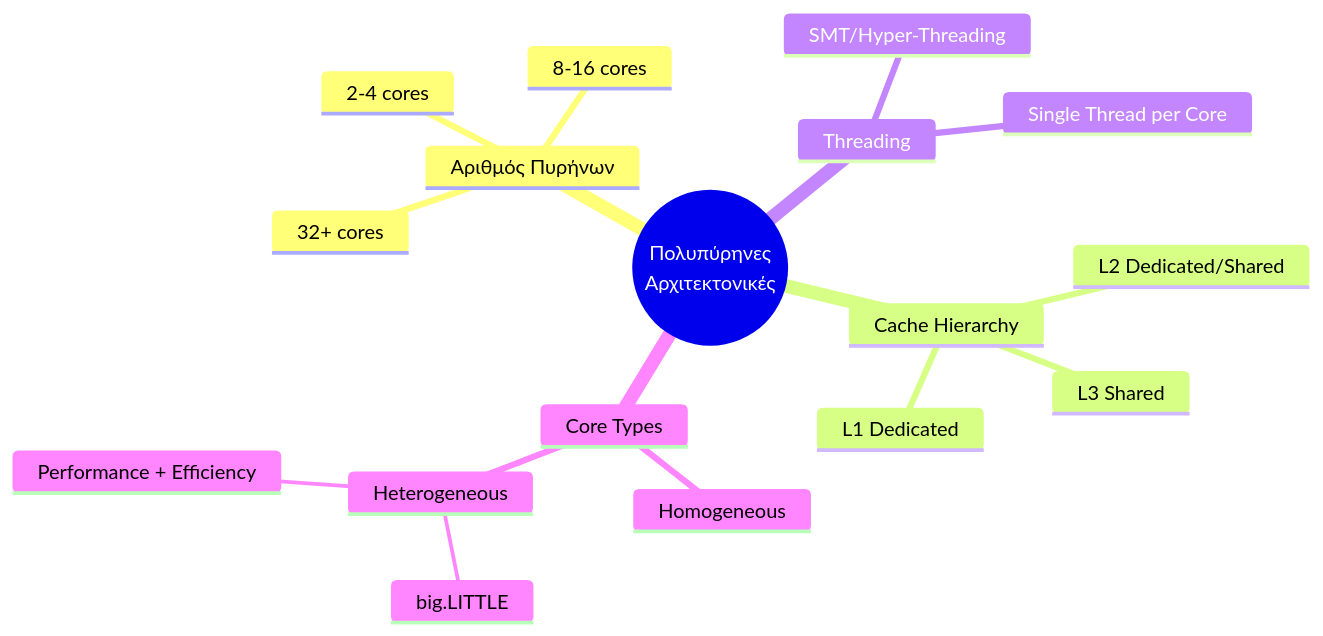
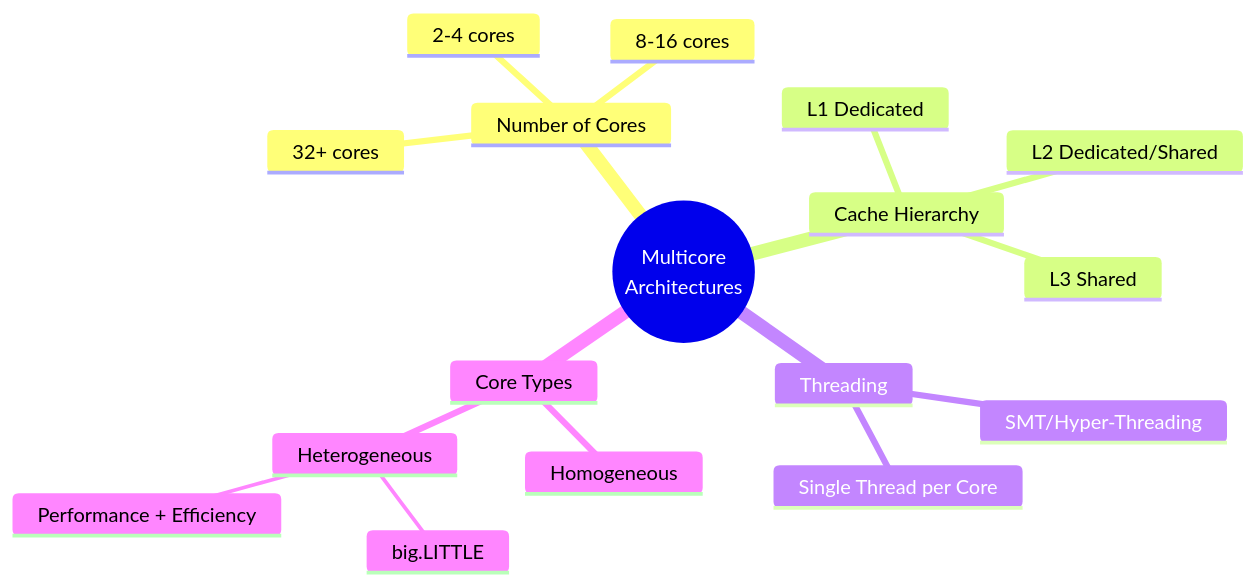
One commit to PanagopoulosNikolaos/DitOpenNotes changed the third of 15 diagrams in Year_2/Semester_3/COMPUTER_ARCHITECTURE/Resources/Notes/Multicore-Processors-Notes-11.md. Above: the diagram before and after it, drawn with Mermaid. The commit also changed other lines of this file and 50 other files, not shown here.

````diff
--- a/Year_2/Semester_3/COMPUTER_ARCHITECTURE/Resources/Notes/Multicore-Processors-Notes-11.md
+++ b/Year_2/Semester_3/COMPUTER_ARCHITECTURE/Resources/Notes/Multicore-Processors-Notes-11.md
@@ -186,20 +186,20 @@
 ```mermaid
 mindmap
-  root((Πολυπύρηνες<br/>Αρχιτεκτονικές))
-    Αριθμός Πυρήνων
+  root((Multicore<br/>Architectures))
+    Number of Cores
       2-4 cores
       8-16 cores
       32+ cores
     Cache Hierarchy
       L1 Dedicated
       L2 Dedicated/Shared
       L3 Shared
     Threading
       SMT/Hyper-Threading
       Single Thread per Core
     Core Types
       Homogeneous
       Heterogeneous
         big.LITTLE
         Performance + Efficiency
 ```
````
